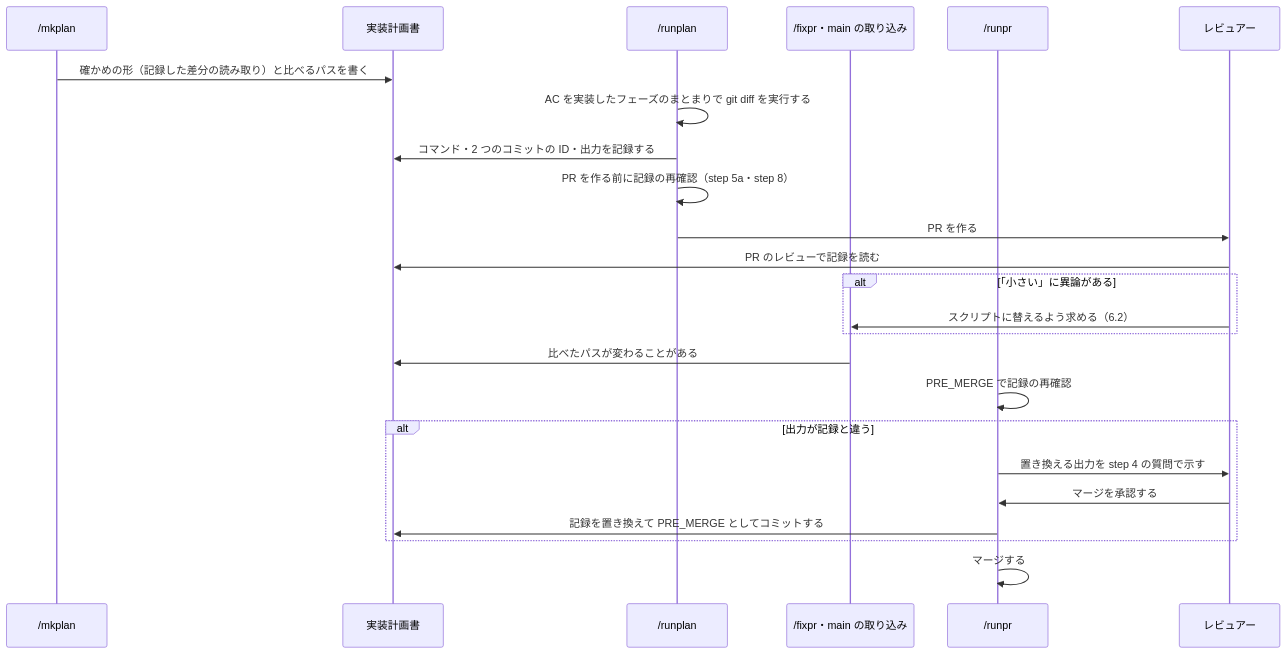
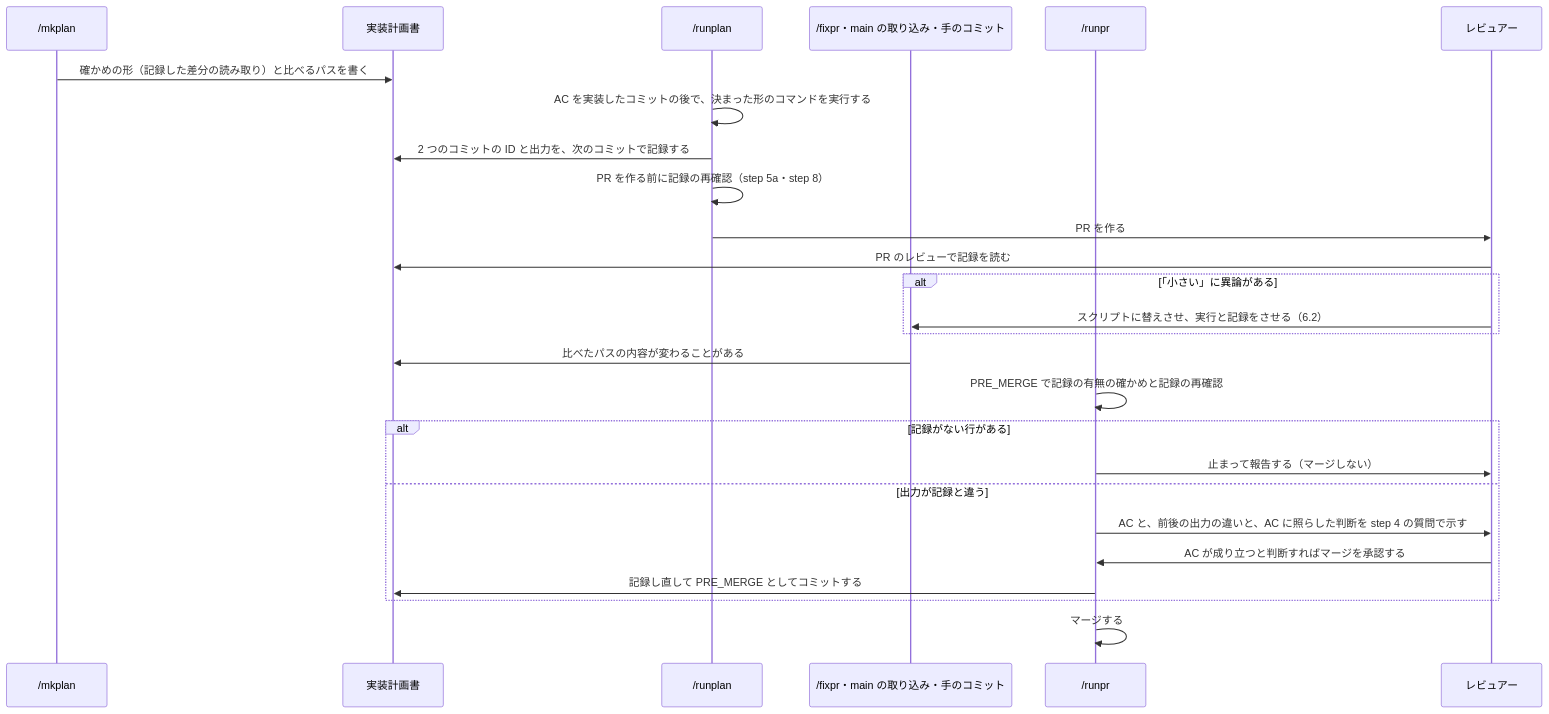
The third of 4 diagrams in docs/tasks/0080_diff_check_proportion/02_architecture.md (isseis/yt2column), drawn with Mermaid before and after one commit. The commit also changed other lines of this file, not shown here.

First line of the commit message:
docs(0080): address the architecture review and prose findings

````diff
--- a/docs/tasks/0080_diff_check_proportion/02_architecture.md
+++ b/docs/tasks/0080_diff_check_proportion/02_architecture.md
@@ -196,27 +205,29 @@
 ```mermaid
 sequenceDiagram
     participant MP as /mkplan
     participant PL as 実装計画書
     participant RP as /runplan
-    participant FX as /fixpr・main の取り込み
+    participant FX as /fixpr・main の取り込み・手のコミット
     participant RR as /runpr
     participant H as レビュアー
 
     MP->>PL: 確かめの形（記録した差分の読み取り）と比べるパスを書く
-    RP->>RP: AC を実装したフェーズのまとまりで git diff を実行する
-    RP->>PL: コマンド・2 つのコミットの ID・出力を記録する
+    RP->>RP: AC を実装したコミットの後で、決まった形のコマンドを実行する
+    RP->>PL: 2 つのコミットの ID と出力を、次のコミットで記録する
     RP->>RP: PR を作る前に記録の再確認（step 5a・step 8）
     RP->>H: PR を作る
     H->>PL: PR のレビューで記録を読む
     alt 「小さい」に異論がある
-        H->>FX: スクリプトに替えるよう求める（6.2）
+        H->>FX: スクリプトに替えさせ、実行と記録をさせる（6.2）
     end
-    FX->>PL: 比べたパスが変わることがある
-    RR->>RR: PRE_MERGE で記録の再確認
-    alt 出力が記録と違う
-        RR->>H: 置き換える出力を step 4 の質問で示す
-        H->>RR: マージを承認する
-        RR->>PL: 記録を置き換えて PRE_MERGE としてコミットする
+    FX->>PL: 比べたパスの内容が変わることがある
+    RR->>RR: PRE_MERGE で記録の有無の確かめと記録の再確認
+    alt 記録がない行がある
+        RR->>H: 止まって報告する（マージしない）
+    else 出力が記録と違う
+        RR->>H: AC と、前後の出力の違いと、AC に照らした判断を step 4 の質問で示す
+        H->>RR: AC が成り立つと判断すればマージを承認する
+        RR->>PL: 記録し直して PRE_MERGE としてコミットする
     end
     RR->>RR: マージする
 ```
````
